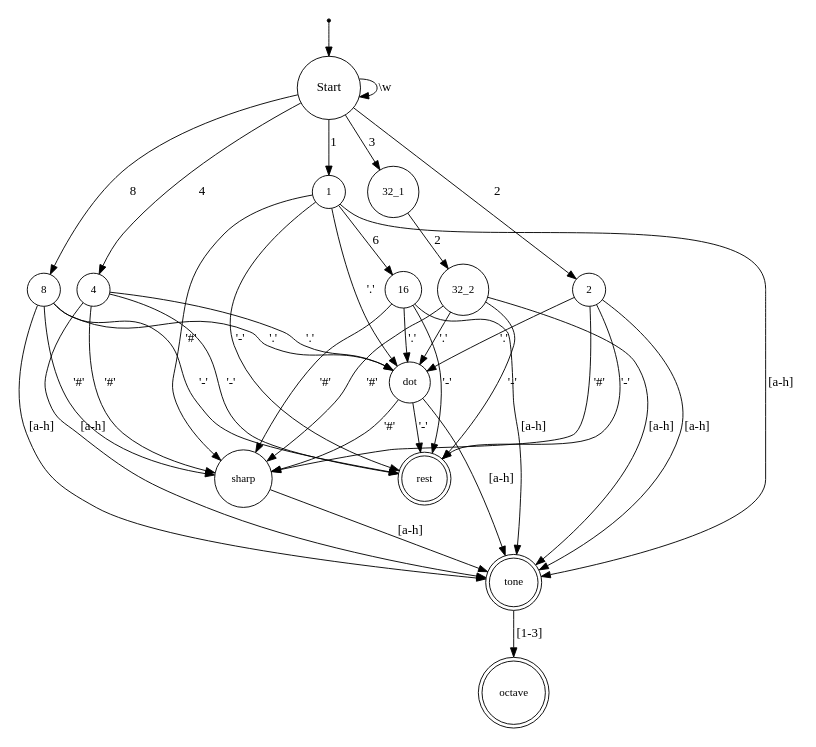
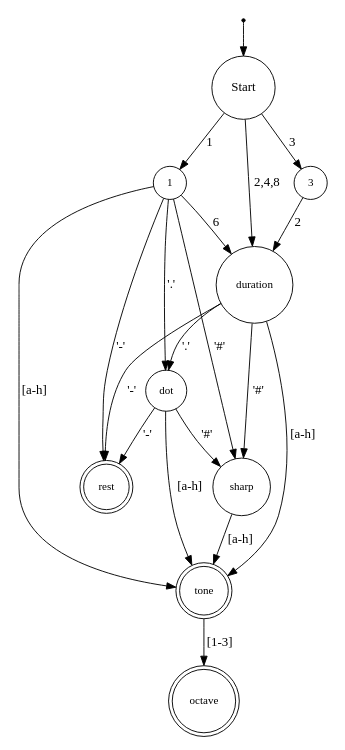
One commit to freetomik/nokiacomposer changed the diagram in fsm/nc_fsm.dot. Above: the diagram before and after it, drawn with Graphviz. The commit also changed 8 other files, not shown here.

```diff
--- a/fsm/nc_fsm.dot
+++ b/fsm/nc_fsm.dot
@@ -1,68 +1,45 @@
 digraph finite_state_machine {
     rankdir=TB;
     size="8,5";
 
     node [shape = point ] init;
 
     node [shape = circle, label="Start", fontsize=14] Start;
-    node [shape = circle, label="1", fontsize=12] whole;
-    node [shape = circle, label="2", fontsize=12] half;
-    node [shape = circle, label="4", fontsize=12] quarter;
-    node [shape = circle, label="8", fontsize=12] eighth;
-    node [shape = circle, label="16", fontsize=12] sixteenth;
-    node [shape = circle, label="32_1", fontsize=12] thirty_second_1;
-    node [shape = circle, label="32_2", fontsize=12] thirty_second_2;
+    node [shape = circle, label="1", fontsize=12] one;
+    node [shape = circle, label="3", fontsize=12] three;
+    node [shape = circle, label="duration", fontsize=12] duration;
     node [shape = circle, label="dot", fontsize=12] dot;
     node [shape = circle, label="sharp", fontsize=12] sharp;
     node [shape = circle, label="tone", fontsize=12, peripheries=2] tone;
     node [shape = circle, label="rest", fontsize=12] rest;
     node [shape = circle, label="octave", fontsize=12] octave;
 
     init -> Start;
 
-    Start -> Start [ label = "\\w" ];
-    Start -> whole [ label = "1" ];
-    Start -> half [ label = "2" ];
-    Start -> quarter [ label = "4" ];
-    Start -> eighth [ label = "8" ];
-    Start -> thirty_second_1 [ label = "3" ];
+    Start -> one [ label = "1" ];
+    Start -> duration [ label = "2,4,8" ];
+    Start -> three [ label = "3" ];
     
-    whole -> sixteenth [ label = "6" ];
-    thirty_second_1 -> thirty_second_2 [ label = "2" ];
+    one -> duration [ label = "6" ];
+    three -> duration [ label = "2" ];
 
-    whole -> dot [ label = "'.'"];
-    half -> dot [ label = "'.'"];
-    quarter -> dot [ label = "'.'"];
-    eighth -> dot [ label = "'.'"];
-    sixteenth -> dot [ label = "'.'"];
-    thirty_second_2 -> dot [ label = "'.'"];
+    one -> dot [ label = "'.'"];
+    duration -> dot [ label = "'.'"];
 
-    whole -> sharp [ label = "'#'"];
-    half -> sharp [ label = "'#'"];
-    quarter -> sharp [ label = "'#'"];
-    eighth -> sharp [ label = "'#'"];
-    sixteenth -> sharp [ label = "'#'"];
-    thirty_second_2 -> sharp [ label = "'#'"];
+    one -> sharp [ label = "'#'"];
+    duration -> sharp [ label = "'#'"];
 
-    whole -> tone [ label = "[a-h]"];
-    half -> tone [ label = "[a-h]"];
-    quarter -> tone [ label = "[a-h]"];
-    eighth -> tone [ label = "[a-h]"];
-    sixteenth -> tone [ label = "[a-h]"];
-    thirty_second_2 -> tone [ label = "[a-h]"];
+    one -> tone [ label = "[a-h]"];
+    duration -> tone [ label = "[a-h]"];
 
-    whole -> rest [ label = "'-'"];
-    half -> rest [ label = "'-'"];
-    quarter -> rest [ label = "'-'"];
-    eighth -> rest [ label = "'-'"];
-    sixteenth -> rest [ label = "'-'"];
-    thirty_second_2 -> rest [ label = "'-'"];
+    one -> rest [ label = "'-'"];
+    duration -> rest [ label = "'-'"];
 
     dot -> sharp [ label = "'#'" ];
     dot -> tone [ label = "[a-h]" ];
     dot -> rest [ label = "'-'" ];
 
     sharp -> tone [ label = "[a-h]" ];
 
     tone -> octave [ label = "[1-3]" ];
 }
```
